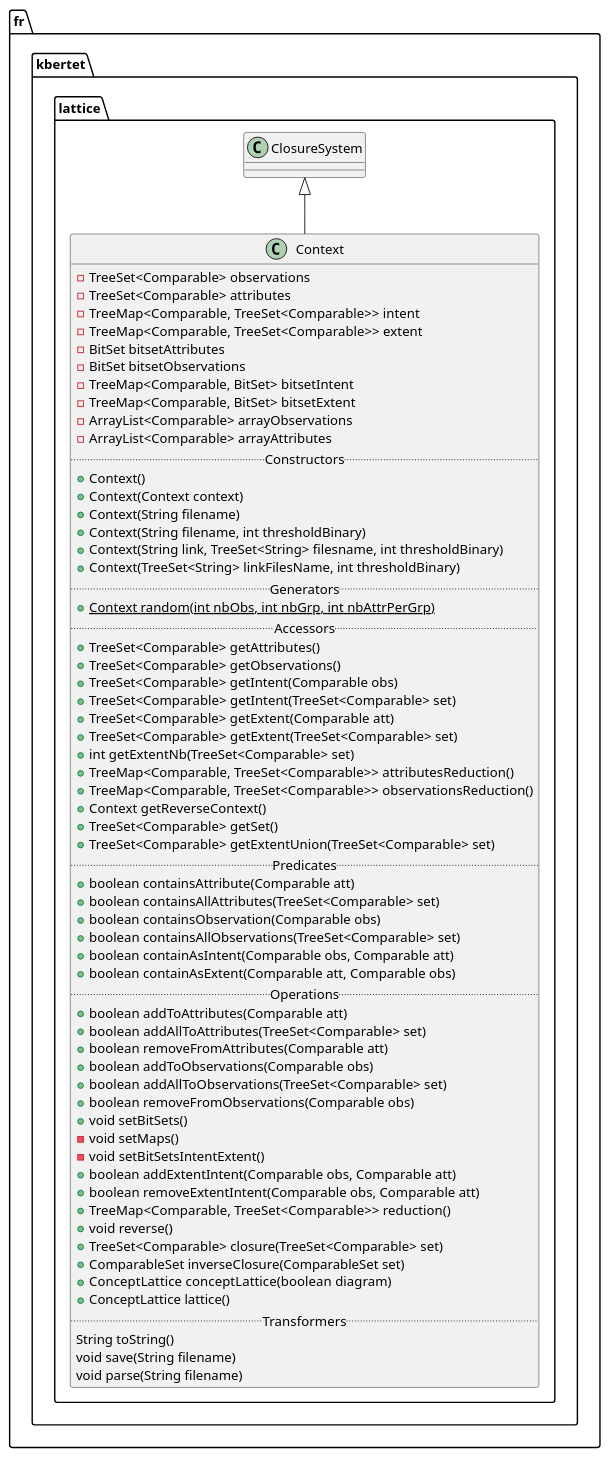
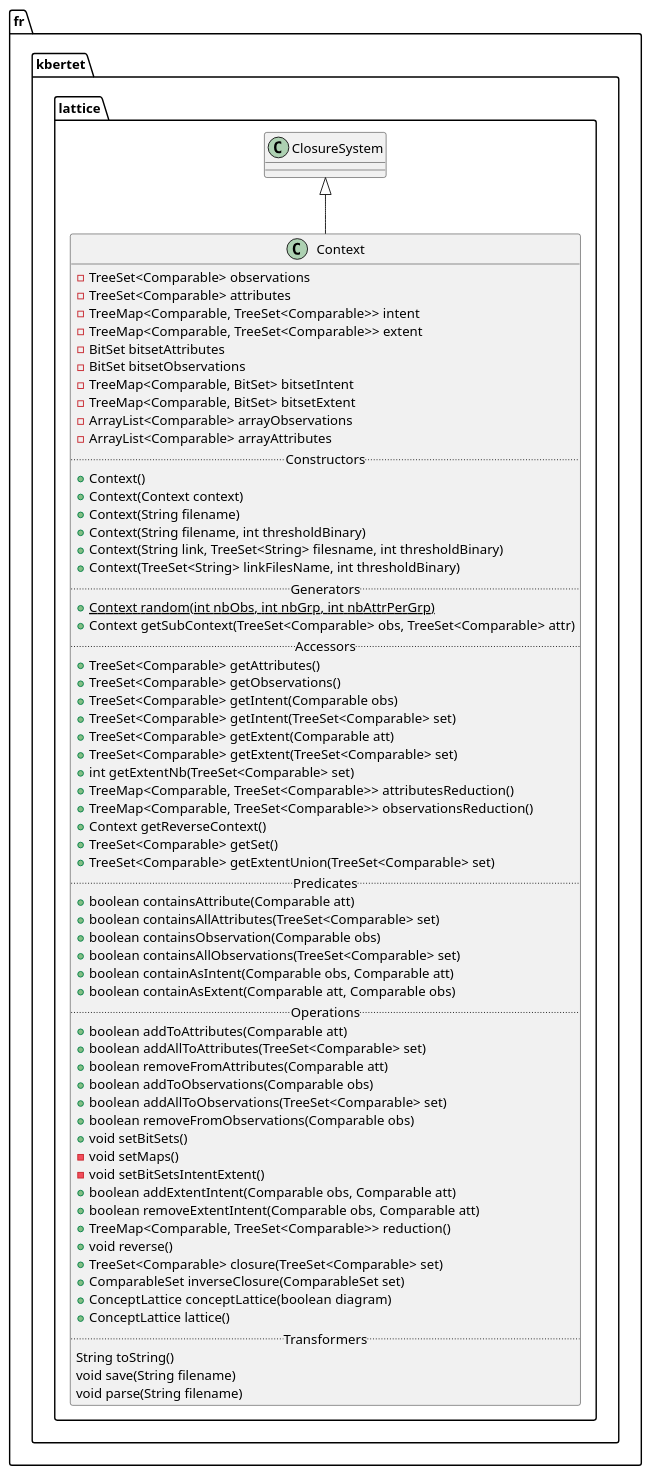
The diagram in src/fr/kbertet/lattice/Context.iuml (thegalactic/java-lattices), drawn with PlantUML before and after one commit. The commit also changed 6 other files, not shown here.

Commit message:
Added : + getDoubleDownArrowTable & getDoubleUpArrowTable in ArrowRelation class + getSubContext in Context class

```diff
--- a/src/fr/kbertet/lattice/Context.iuml
+++ b/src/fr/kbertet/lattice/Context.iuml
@@ -1,67 +1,68 @@
 package fr.kbertet.lattice {
     class Context {
         -TreeSet<Comparable> observations
         -TreeSet<Comparable> attributes
         -TreeMap<Comparable, TreeSet<Comparable>> intent
         -TreeMap<Comparable, TreeSet<Comparable>> extent
         -BitSet bitsetAttributes
         -BitSet bitsetObservations
         -TreeMap<Comparable, BitSet> bitsetIntent
         -TreeMap<Comparable, BitSet> bitsetExtent
         -ArrayList<Comparable> arrayObservations
         -ArrayList<Comparable> arrayAttributes
         .. Constructors ..
         +Context()
         +Context(Context context)
         +Context(String filename)
         +Context(String filename, int thresholdBinary)
         +Context(String link, TreeSet<String> filesname, int thresholdBinary)
         +Context(TreeSet<String> linkFilesName, int thresholdBinary)
         .. Generators ..
         {static}+Context random(int nbObs, int nbGrp, int nbAttrPerGrp)
+        +Context getSubContext(TreeSet<Comparable> obs, TreeSet<Comparable> attr)
         .. Accessors ..
         +TreeSet<Comparable> getAttributes()
         +TreeSet<Comparable> getObservations()
         +TreeSet<Comparable> getIntent(Comparable obs)
         +TreeSet<Comparable> getIntent(TreeSet<Comparable> set)
         +TreeSet<Comparable> getExtent(Comparable att)
         +TreeSet<Comparable> getExtent(TreeSet<Comparable> set)
         +int getExtentNb(TreeSet<Comparable> set)
         +TreeMap<Comparable, TreeSet<Comparable>> attributesReduction()
         +TreeMap<Comparable, TreeSet<Comparable>> observationsReduction()
         +Context getReverseContext()
         +TreeSet<Comparable> getSet()
         +TreeSet<Comparable> getExtentUnion(TreeSet<Comparable> set)
         .. Predicates ..
         +boolean containsAttribute(Comparable att)
         +boolean containsAllAttributes(TreeSet<Comparable> set)
         +boolean containsObservation(Comparable obs)
         +boolean containsAllObservations(TreeSet<Comparable> set)
         +boolean containAsIntent(Comparable obs, Comparable att)
         +boolean containAsExtent(Comparable att, Comparable obs)
         .. Operations ..
         +boolean addToAttributes(Comparable att)
         +boolean addAllToAttributes(TreeSet<Comparable> set)
         +boolean removeFromAttributes(Comparable att)
         +boolean addToObservations(Comparable obs)
         +boolean addAllToObservations(TreeSet<Comparable> set)
         +boolean removeFromObservations(Comparable obs)
         +void setBitSets()
         -void setMaps()
         -void setBitSetsIntentExtent()
         +boolean addExtentIntent(Comparable obs, Comparable att)
         +boolean removeExtentIntent(Comparable obs, Comparable att)
         +TreeMap<Comparable, TreeSet<Comparable>> reduction()
         +void reverse()
         +TreeSet<Comparable> closure(TreeSet<Comparable> set)
         +ComparableSet inverseClosure(ComparableSet set)
         +ConceptLattice conceptLattice(boolean  diagram)
         +ConceptLattice lattice()
         .. Transformers ..
         String toString()
         void save(String filename)
         void parse(String filename)
     }
 
     ClosureSystem <|-- Context
 }
```
